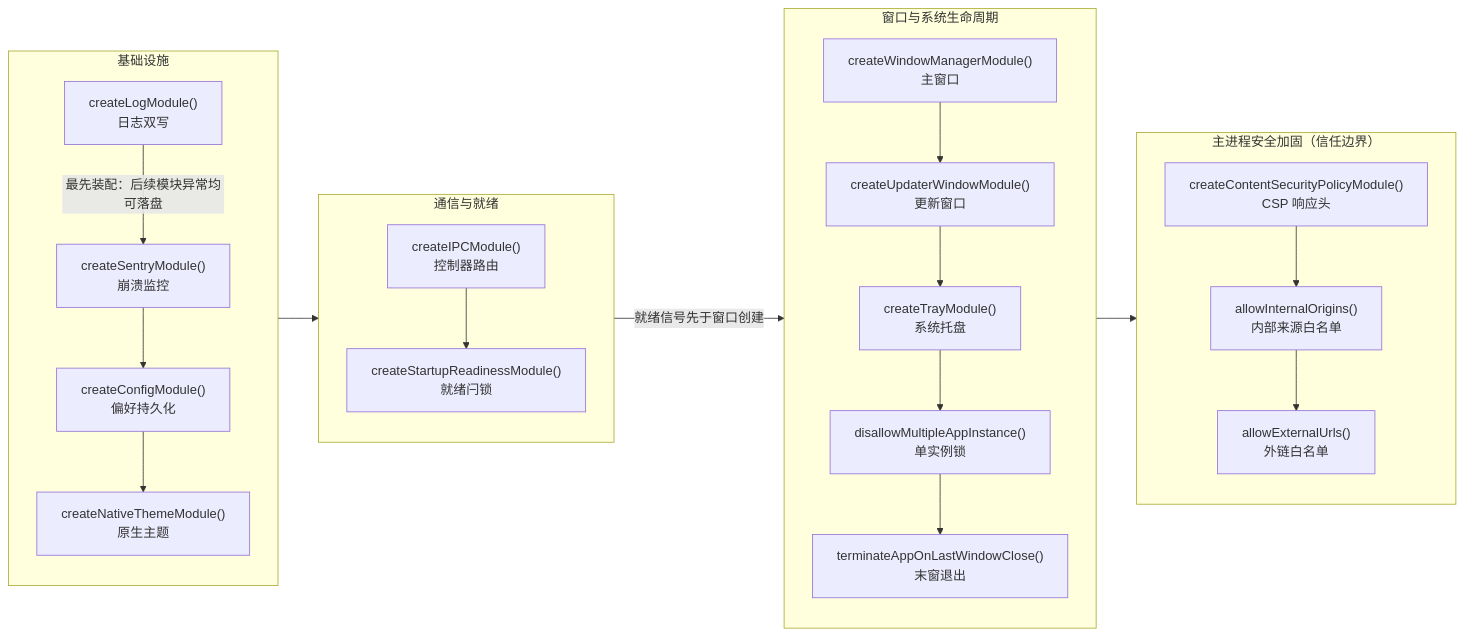
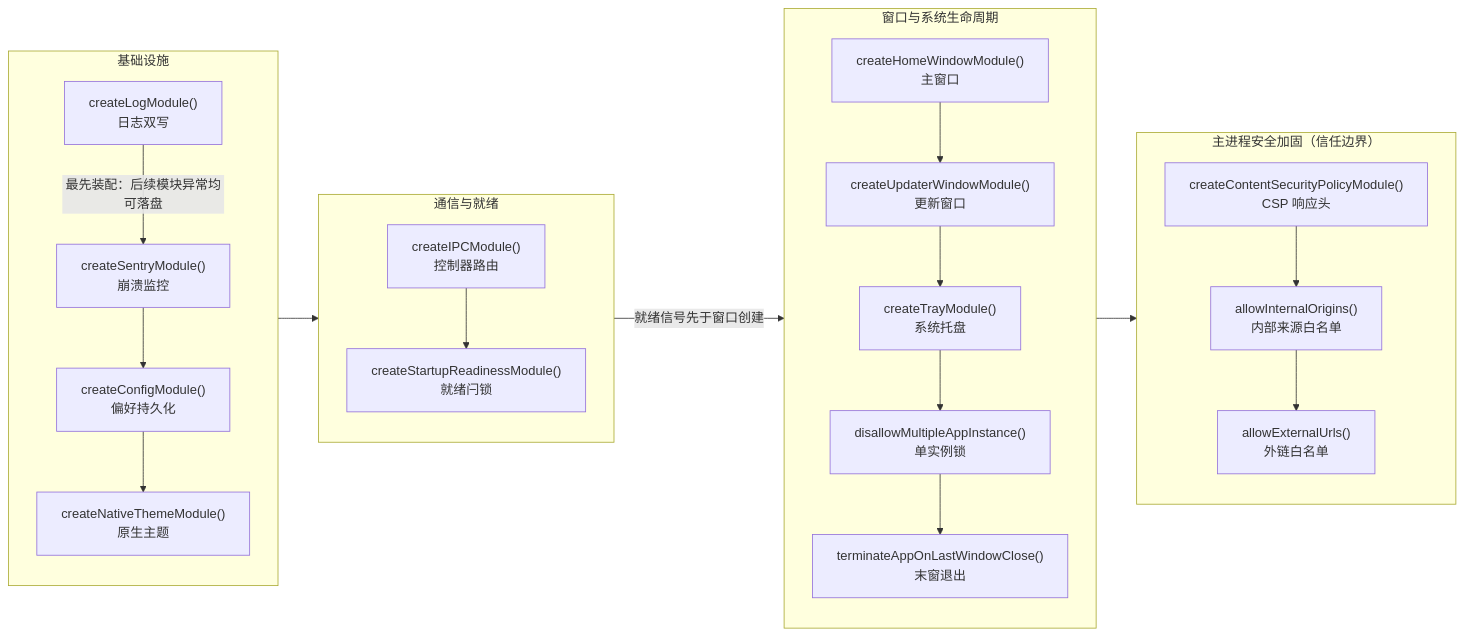
The diagram in packages/docs/src/pages/architecture/module-lifecycle.md (BanShan-Alec/electron-react-monorepo-template), drawn with Mermaid before and after one commit. The commit also changed other lines of this file and 29 other files, not shown here.

````diff
--- a/packages/docs/src/pages/architecture/module-lifecycle.md
+++ b/packages/docs/src/pages/architecture/module-lifecycle.md
@@ -21,41 +21,41 @@
 ```mermaid
 flowchart LR
   subgraph foundation["基础设施"]
     direction TB
     LOG["createLogModule()<br/>日志双写"]
     SENTRY["createSentryModule()<br/>崩溃监控"]
     CONFIG["createConfigModule()<br/>偏好持久化"]
     THEME["createNativeThemeModule()<br/>原生主题"]
     LOG -->|"最先装配：后续模块异常均可落盘"| SENTRY
     SENTRY --> CONFIG --> THEME
   end
 
   subgraph runtime["通信与就绪"]
     direction TB
     IPC["createIPCModule()<br/>控制器路由"]
     READY["createStartupReadinessModule()<br/>就绪闩锁"]
     IPC --> READY
   end
 
   subgraph windows["窗口与系统生命周期"]
     direction TB
-    WIN["createWindowManagerModule()<br/>主窗口"]
+    WIN["createHomeWindowModule()<br/>主窗口"]
     UPDATER_WIN["createUpdaterWindowModule()<br/>更新窗口"]
     TRAY["createTrayModule()<br/>系统托盘"]
     SINGLE["disallowMultipleAppInstance()<br/>单实例锁"]
     TERM["terminateAppOnLastWindowClose()<br/>末窗退出"]
     WIN --> UPDATER_WIN --> TRAY --> SINGLE --> TERM
   end
 
   subgraph security["主进程安全加固（信任边界）"]
     direction TB
     CSP["createContentSecurityPolicyModule()<br/>CSP 响应头"]
     ORIGIN["allowInternalOrigins()<br/>内部来源白名单"]
     EXT["allowExternalUrls()<br/>外链白名单"]
     CSP --> ORIGIN --> EXT
   end
 
   foundation --> runtime
   runtime -->|"就绪信号先于窗口创建"| windows
   windows --> security
 ```
````
